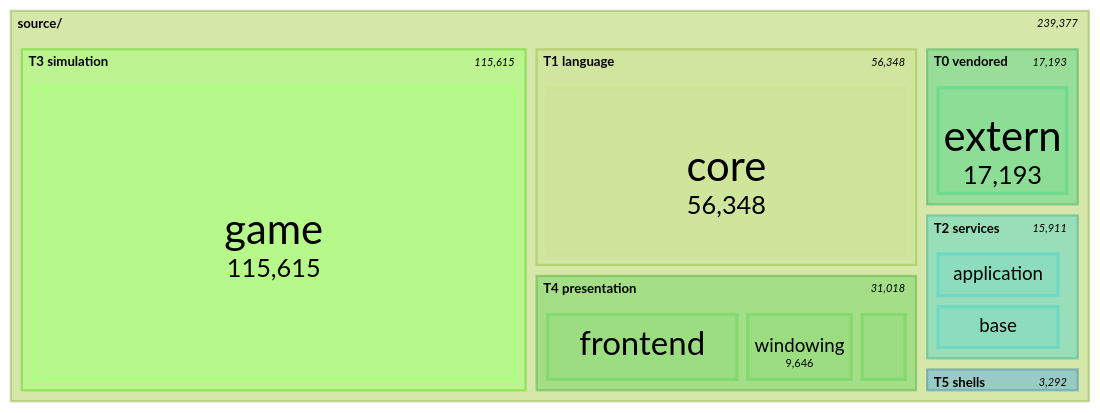
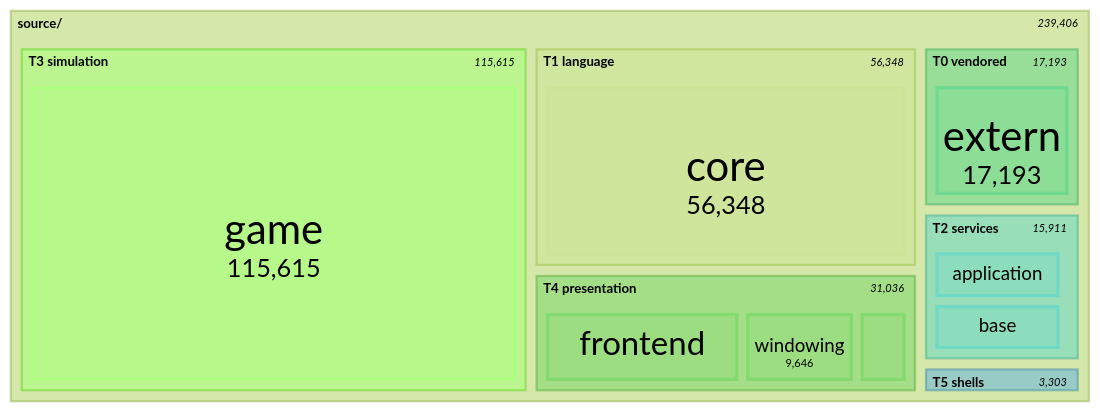
Before and after one commit to apnex/OpenStarbound: the seventh of 11 diagrams in docs/architecture/system-boundaries.md, drawn with Mermaid (forest theme). The commit also changed other lines of this file and 4 other files, not shown here.

````diff
--- a/docs/architecture/system-boundaries.md
+++ b/docs/architecture/system-boundaries.md
@@ -592,22 +592,22 @@
 ```mermaid
 treemap-beta
 "source/"
     "T0 vendored"
         "extern": 17193
     "T1 language"
         "core": 56348
     "T2 services"
         "application": 7473
         "base": 7449
         "metrics": 847
         "platform": 142
     "T3 simulation"
         "game": 115615
     "T4 presentation"
         "frontend": 16863
         "windowing": 9646
-        "rendering": 4509
+        "rendering": 4527
     "T5 shells"
-        "client": 2509
+        "client": 2520
         "server": 783
 ```
````
